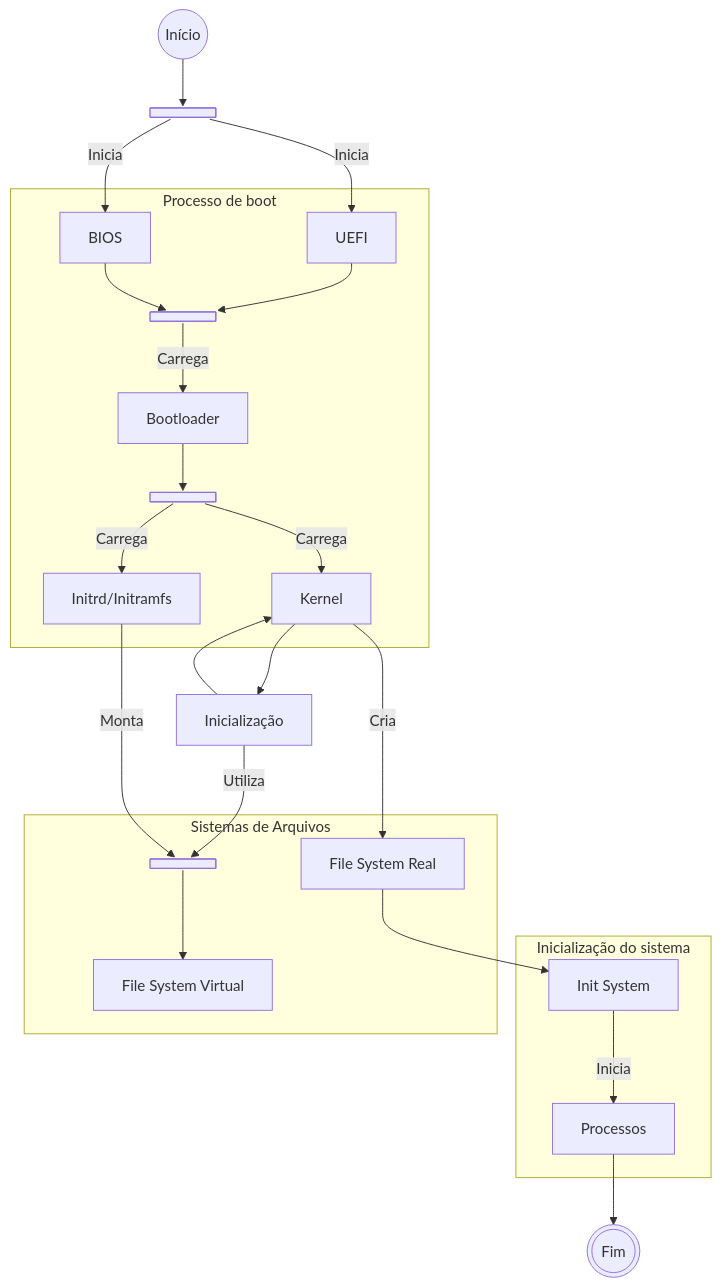
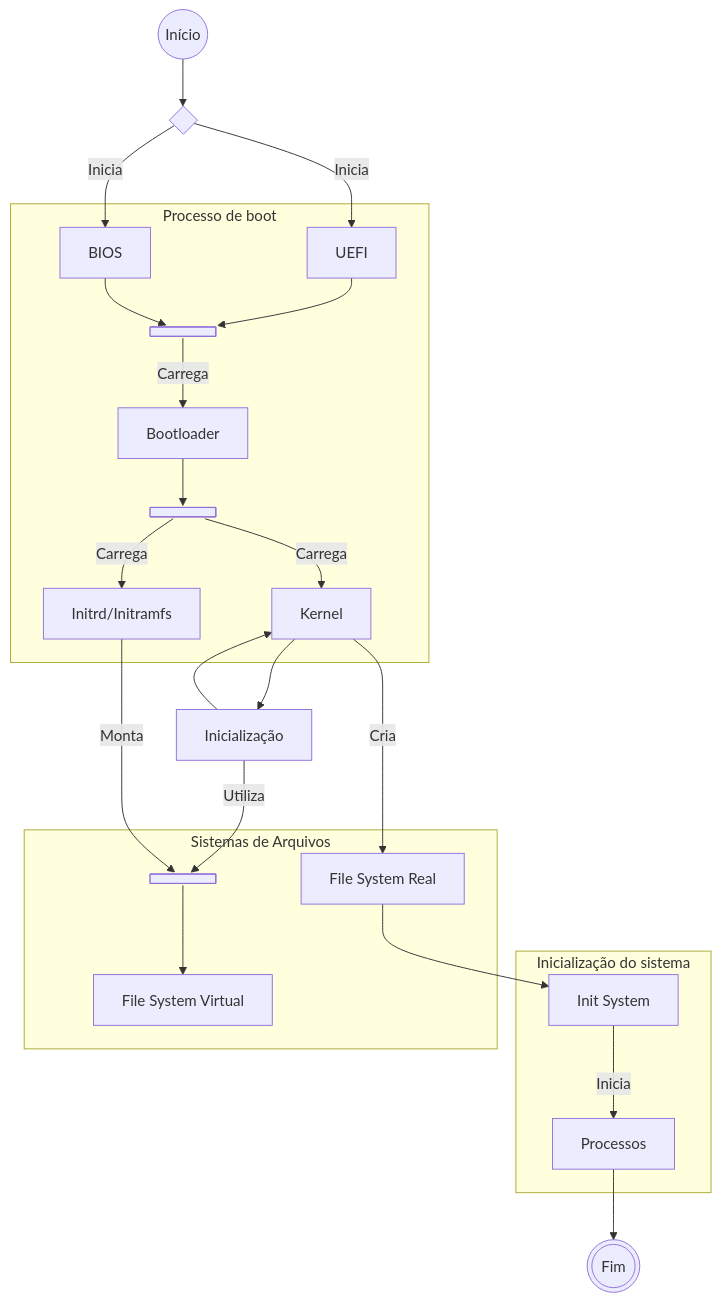
Before and after one commit to FelpzzzEX/LecOS: the diagram in Sistema_Principal/Modulo 1 - Inicio/1-Ambiente.md, drawn with Mermaid. The commit also changed 2 other files, not shown here.

Commit message:
docs: Finalizando módulo 1

````diff
--- a/Sistema_Principal/Modulo 1 - Inicio/1-Ambiente.md
+++ b/Sistema_Principal/Modulo 1 - Inicio/1-Ambiente.md
@@ -75,40 +75,40 @@
 ```mermaid
 flowchart TD
   O@{ shape: circle, label: "Início" }
-  P@{ shape: fork, label: "Fork" }
+  P@{ shape: diamond, label: " " }
   Q@{ shape: fork, label: "Join" }
   R@{ shape: fork, label: "Fork" }
 
   O-->P
   P-->|Inicia|A
   P-->|Inicia|C
   subgraph Boot["Processo de boot"]
     A["UEFI"]-->Q
     C["BIOS"]-->Q
     Q-->|Carrega| B["Bootloader"]
     B-->R
     R -->|Carrega| D["Kernel"]
     R -->|Carrega| E["Initrd/Initramfs"]
   end
 
   subgraph Init["Inicialização do sistema"]
     F["Init System"]
     F -->|Inicia| G["Processos"]
   end
 
   subgraph FS["Sistemas de Arquivos"]
     H["File System Virtual"]
     S@{ shape: fork, label: "Join" }
     I["File System Real"]
     S-->H
   end
   
   J["Inicialização"]
   J -->|Utiliza| S
   E -->|Monta| S
   D -->|Cria| I
   D --> J
   J --> D
   I --> F  
   G-->T@{ shape: dbl-circ, label: "Fim"}
 ```
````
